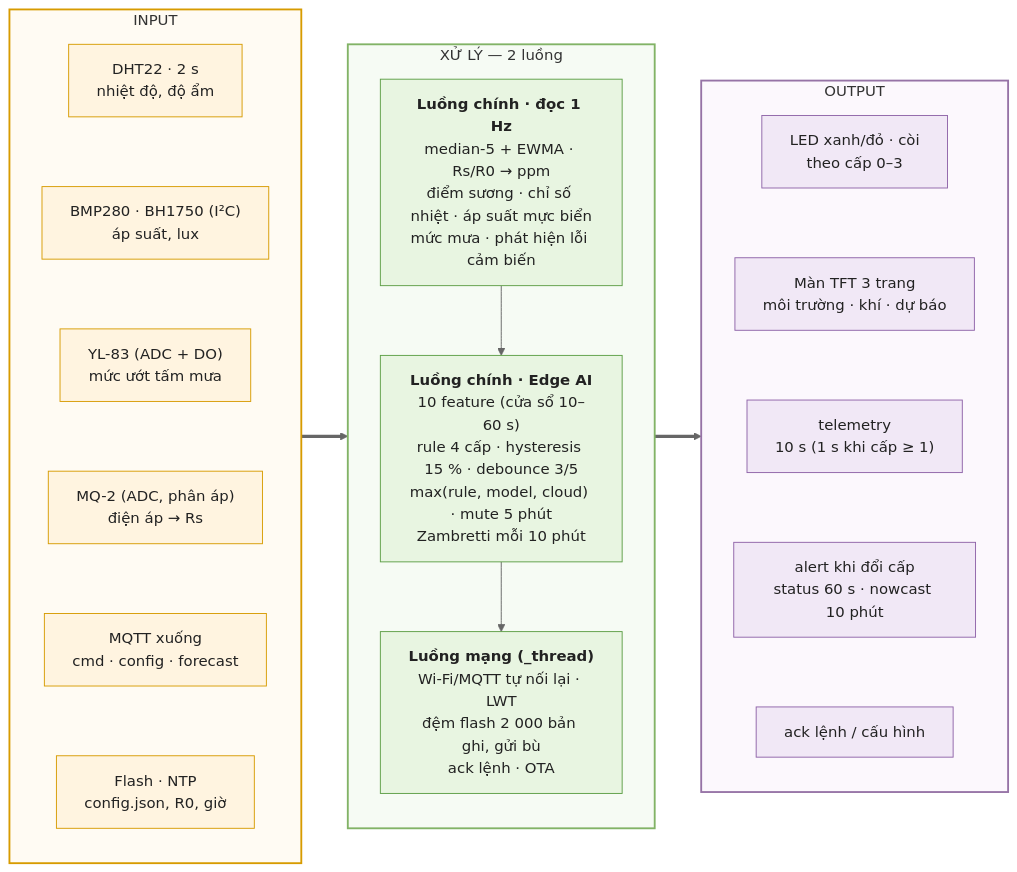
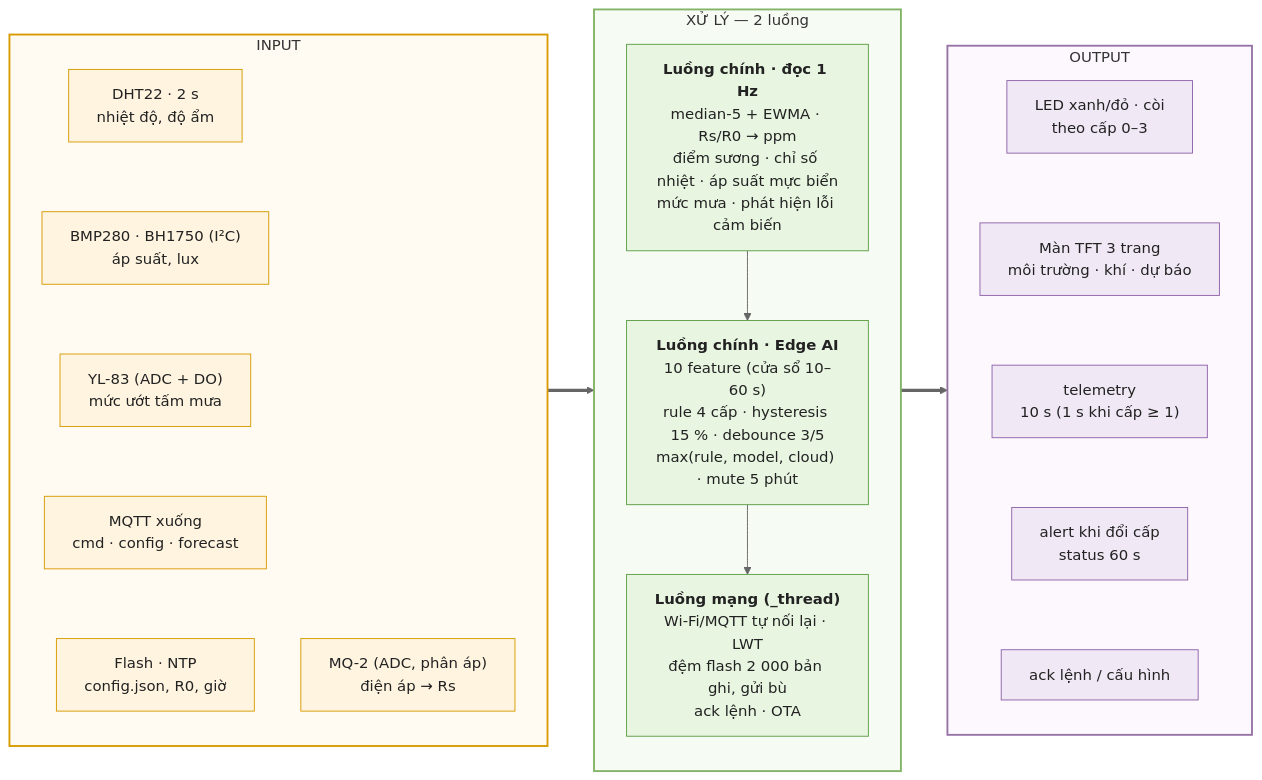
The first of 6 diagrams in docs/architecture/ipo.md (danhle396/pythonnhung), drawn with Mermaid (neutral theme) before and after one commit. The commit also changed other lines of this file and 176 other files, not shown here.

````diff
--- a/docs/architecture/ipo.md
+++ b/docs/architecture/ipo.md
@@ -26,39 +26,39 @@
 ```mermaid
 flowchart LR
     subgraph I["INPUT"]
         direction TB
         i1["DHT22 · 2 s<br/>nhiệt độ, độ ẩm"]
         i2["BMP280 · BH1750 (I²C)<br/>áp suất, lux"]
         i3["YL-83 (ADC + DO)<br/>mức ướt tấm mưa"]
         i4["MQ-2 (ADC, phân áp)<br/>điện áp → Rs"]
         i5["MQTT xuống<br/>cmd · config · forecast"]
         i6["Flash · NTP<br/>config.json, R0, giờ"]
-        i1 ~~~ i2 ~~~ i3 ~~~ i4 ~~~ i5 ~~~ i6
+        i1 ~~~ i2 ~~~ i3 ~~~ i5 ~~~ i6
     end
     subgraph P["XỬ LÝ — 2 luồng"]
         direction TB
         p1["<b>Luồng chính · đọc 1 Hz</b><br/>median-5 + EWMA · Rs/R0 → ppm<br/>điểm sương · chỉ số nhiệt · áp suất mực biển<br/>mức mưa · phát hiện lỗi cảm biến"]
-        p2["<b>Luồng chính · Edge AI</b><br/>10 feature (cửa sổ 10–60 s)<br/>rule 4 cấp · hysteresis 15 % · debounce 3/5<br/>max(rule, model, cloud) · mute 5 phút<br/>Zambretti mỗi 10 phút"]
+        p2["<b>Luồng chính · Edge AI</b><br/>10 feature (cửa sổ 10–60 s)<br/>rule 4 cấp · hysteresis 15 % · debounce 3/5<br/>max(rule, model, cloud) · mute 5 phút"]
         p3["<b>Luồng mạng (_thread)</b><br/>Wi-Fi/MQTT tự nối lại · LWT<br/>đệm flash 2 000 bản ghi, gửi bù<br/>ack lệnh · OTA"]
         p1 --> p2 --> p3
     end
     subgraph O["OUTPUT"]
         direction TB
         o1["LED xanh/đỏ · còi<br/>theo cấp 0–3"]
         o2["Màn TFT 3 trang<br/>môi trường · khí · dự báo"]
         o3["telemetry<br/>10 s (1 s khi cấp ≥ 1)"]
-        o4["alert khi đổi cấp<br/>status 60 s · nowcast 10 phút"]
+        o4["alert khi đổi cấp<br/>status 60 s"]
         o5["ack lệnh / cấu hình"]
         o1 ~~~ o2 ~~~ o3 ~~~ o4 ~~~ o5
     end
     I ==> P ==> O
     classDef inp fill:#FFF4E0,stroke:#D79B00,color:#222
     classDef prc fill:#E8F5E1,stroke:#5C9E45,color:#222
     classDef out fill:#F1E8F6,stroke:#8E63A8,color:#222
     class i1,i2,i3,i4,i5,i6 inp
     class p1,p2,p3 prc
     class o1,o2,o3,o4,o5 out
     style I fill:#FFFBF3,stroke:#D79B00,stroke-width:2px
     style P fill:#F6FBF4,stroke:#82B366,stroke-width:2px
     style O fill:#FCF8FD,stroke:#9673A6,stroke-width:2px
 ```
````
